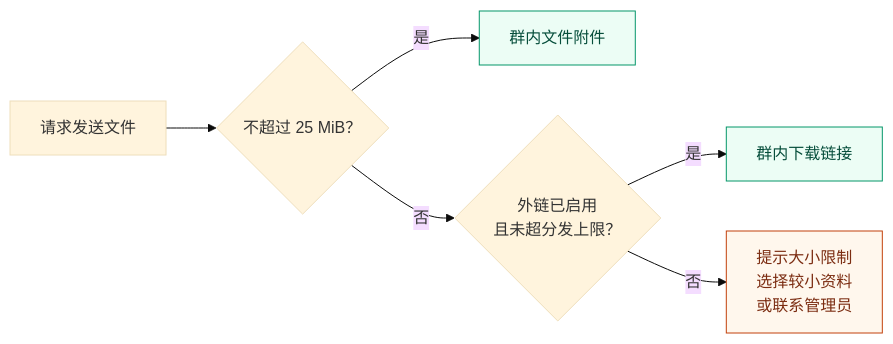
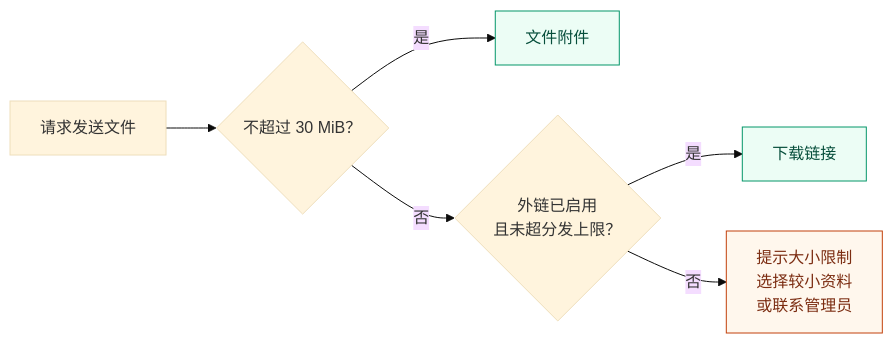
The second of 2 diagrams in docs/usage.md (jaykwok/mixin-chatbot), drawn with Mermaid (base theme) before and after one commit. The commit also changed other lines of this file and 375 other files, not shown here.

````diff
--- a/docs/usage.md
+++ b/docs/usage.md
@@ -81,13 +104,13 @@
 ```mermaid
 flowchart LR
-  F["请求发送文件"] --> S{"不超过 25 MiB？"}
-  S -->|是| A["群内文件附件"]
+  F["请求发送文件"] --> S{"不超过 30 MiB？"}
+  S -->|是| A["文件附件"]
   S -->|否| E{"外链已启用<br/>且未超分发上限？"}
-  E -->|是| L["群内下载链接"]
+  E -->|是| L["下载链接"]
   E -->|否| N["提示大小限制<br/>选择较小资料<br/>或联系管理员"]
 
   classDef result fill:#ecfdf5,stroke:#059669,color:#064e3b
   classDef notice fill:#fff7ed,stroke:#c2410c,color:#7c2d12
   class A,L result
   class N notice
 ```
````
